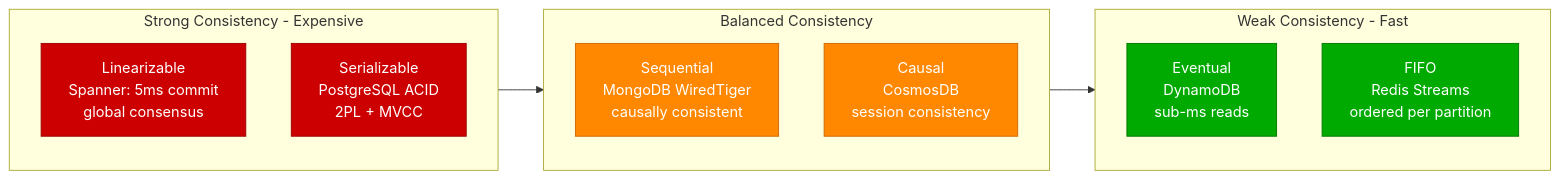
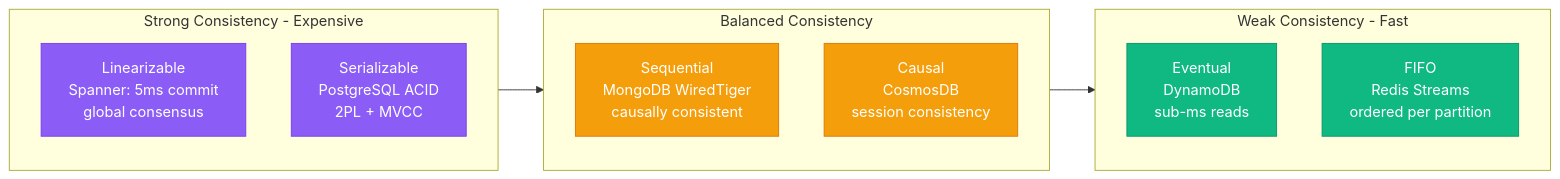
The third of 3 diagrams in site/docs/getting-started/concepts.md (deepaucksharma/DS), drawn with Mermaid before and after one commit. The commit also changed other lines of this file and 303 other files, not shown here.

````diff
--- a/site/docs/getting-started/concepts.md
+++ b/site/docs/getting-started/concepts.md
@@ -99,28 +99,28 @@
 ```mermaid
 flowchart LR
     subgraph Strong["Strong Consistency - Expensive"]
         LIN["Linearizable<br/>Spanner: 5ms commit<br/>global consensus"]
         SER["Serializable<br/>PostgreSQL ACID<br/>2PL + MVCC"]
     end
 
     subgraph Medium["Balanced Consistency"]
         SEQ["Sequential<br/>MongoDB WiredTiger<br/>causally consistent"]
         CAUS["Causal<br/>CosmosDB<br/>session consistency"]
     end
 
     subgraph Weak["Weak Consistency - Fast"]
         EVEN["Eventual<br/>DynamoDB<br/>sub-ms reads"]
         FIFO["FIFO<br/>Redis Streams<br/>ordered per partition"]
     end
 
     Strong --> Medium
     Medium --> Weak
 
-    classDef strongStyle fill:#CC0000,stroke:#990000,color:#fff
-    classDef mediumStyle fill:#FF8800,stroke:#CC6600,color:#fff
-    classDef weakStyle fill:#00AA00,stroke:#007700,color:#fff
+    classDef strongStyle fill:#8B5CF6,stroke:#7C3AED,color:#fff
+    classDef mediumStyle fill:#F59E0B,stroke:#D97706,color:#fff
+    classDef weakStyle fill:#10B981,stroke:#059669,color:#fff
 
     class LIN,SER strongStyle
     class SEQ,CAUS mediumStyle
     class EVEN,FIFO weakStyle
 ```
````
